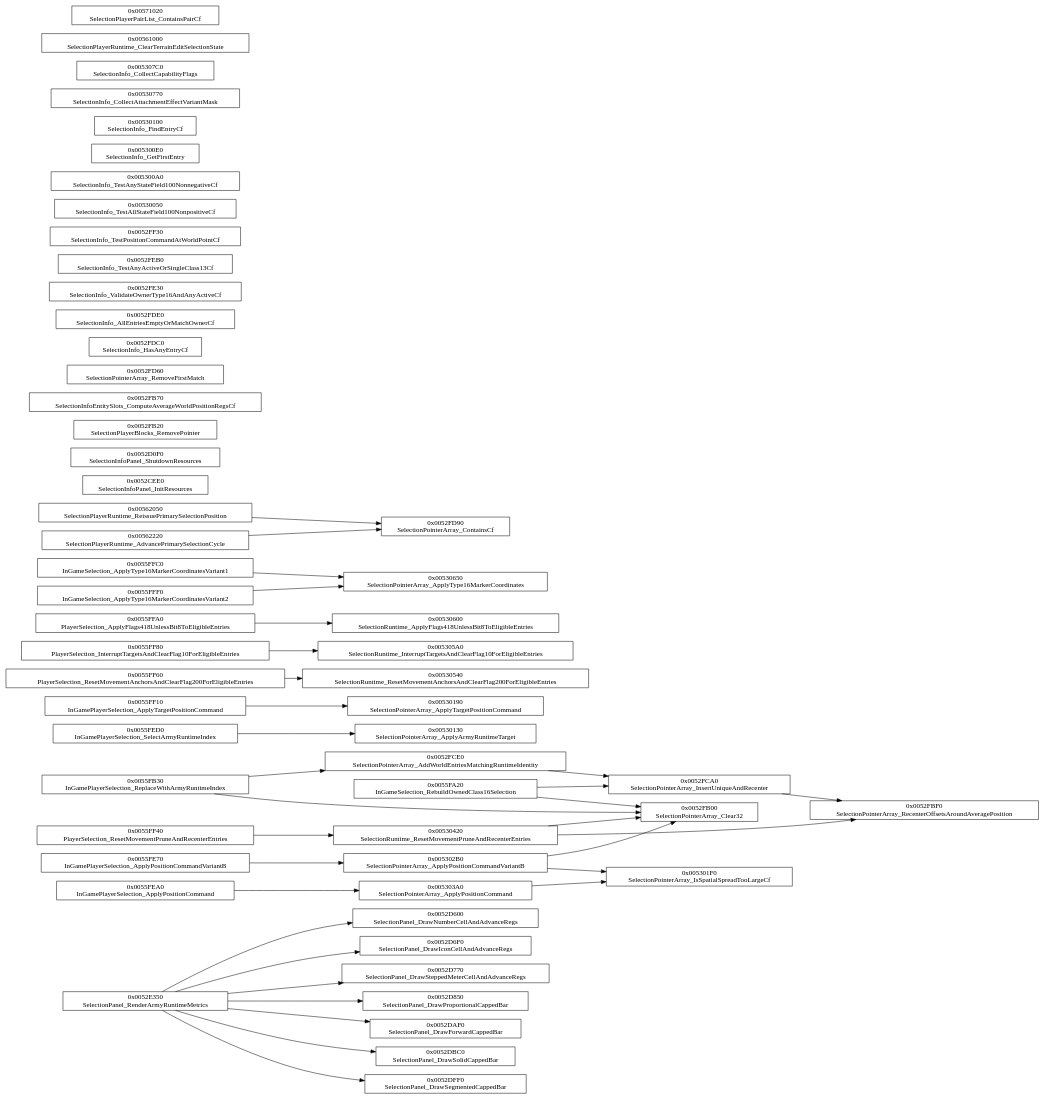
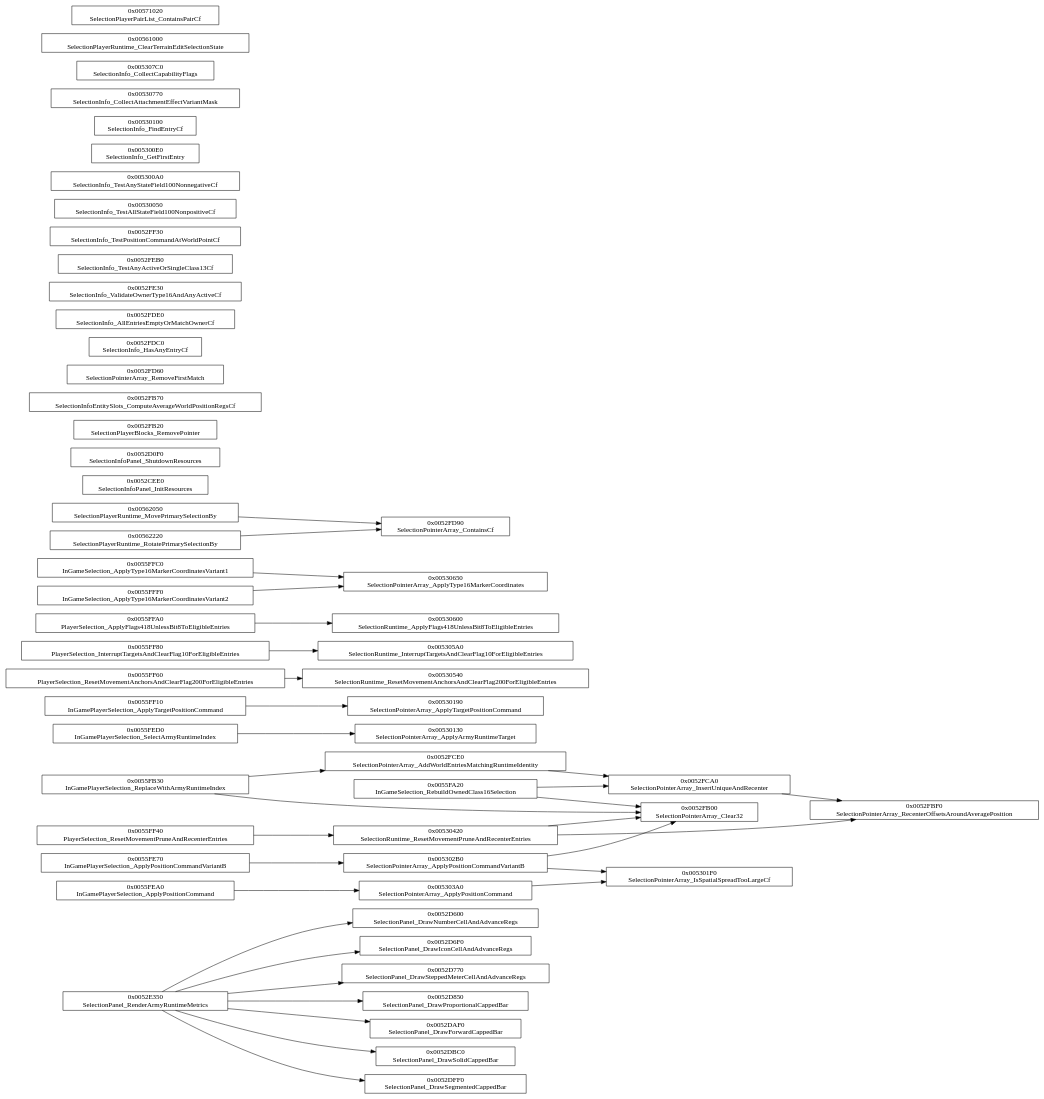
Before and after one commit to idkFoxes/open-thandor: the diagram in docs/callgraphs/gameplay/selection/runtime.dot, drawn with Graphviz. The commit also changed 47 other files, not shown here.

First line of the commit message:
Readable, tranche 10 (stage 1): graphics and selection callbacks

```diff
--- a/docs/callgraphs/gameplay/selection/runtime.dot
+++ b/docs/callgraphs/gameplay/selection/runtime.dot
@@ -1,89 +1,89 @@
 digraph thandor {
   rankdir=LR;
   node [shape=box];
   "SelectionPanel_RenderArmyRuntimeMetrics" [label="0x0052E350\nSelectionPanel_RenderArmyRuntimeMetrics"];
   "InGameSelection_RebuildOwnedClass16Selection" [label="0x0055FA20\nInGameSelection_RebuildOwnedClass16Selection"];
   "InGamePlayerSelection_ReplaceWithArmyRuntimeIndex" [label="0x0055FB30\nInGamePlayerSelection_ReplaceWithArmyRuntimeIndex"];
   "InGamePlayerSelection_ApplyPositionCommandVariantB" [label="0x0055FE70\nInGamePlayerSelection_ApplyPositionCommandVariantB"];
   "InGamePlayerSelection_ApplyPositionCommand" [label="0x0055FEA0\nInGamePlayerSelection_ApplyPositionCommand"];
   "InGamePlayerSelection_SelectArmyRuntimeIndex" [label="0x0055FED0\nInGamePlayerSelection_SelectArmyRuntimeIndex"];
   "InGamePlayerSelection_ApplyTargetPositionCommand" [label="0x0055FF10\nInGamePlayerSelection_ApplyTargetPositionCommand"];
   "PlayerSelection_ResetMovementPruneAndRecenterEntries" [label="0x0055FF40\nPlayerSelection_ResetMovementPruneAndRecenterEntries"];
   "PlayerSelection_ResetMovementAnchorsAndClearFlag200ForEligibleEntries" [label="0x0055FF60\nPlayerSelection_ResetMovementAnchorsAndClearFlag200ForEligibleEntries"];
   "PlayerSelection_InterruptTargetsAndClearFlag10ForEligibleEntries" [label="0x0055FF80\nPlayerSelection_InterruptTargetsAndClearFlag10ForEligibleEntries"];
   "PlayerSelection_ApplyFlags418UnlessBit8ToEligibleEntries" [label="0x0055FFA0\nPlayerSelection_ApplyFlags418UnlessBit8ToEligibleEntries"];
   "InGameSelection_ApplyType16MarkerCoordinatesVariant1" [label="0x0055FFC0\nInGameSelection_ApplyType16MarkerCoordinatesVariant1"];
   "InGameSelection_ApplyType16MarkerCoordinatesVariant2" [label="0x0055FFF0\nInGameSelection_ApplyType16MarkerCoordinatesVariant2"];
-  "SelectionPlayerRuntime_ReissuePrimarySelectionPosition" [label="0x00562050\nSelectionPlayerRuntime_ReissuePrimarySelectionPosition"];
-  "SelectionPlayerRuntime_AdvancePrimarySelectionCycle" [label="0x00562220\nSelectionPlayerRuntime_AdvancePrimarySelectionCycle"];
+  "SelectionPlayerRuntime_MovePrimarySelectionBy" [label="0x00562050\nSelectionPlayerRuntime_MovePrimarySelectionBy"];
+  "SelectionPlayerRuntime_RotatePrimarySelectionBy" [label="0x00562220\nSelectionPlayerRuntime_RotatePrimarySelectionBy"];
   "SelectionInfoPanel_InitResources" [label="0x0052CEE0\nSelectionInfoPanel_InitResources"];
   "SelectionInfoPanel_ShutdownResources" [label="0x0052D0F0\nSelectionInfoPanel_ShutdownResources"];
   "SelectionPlayerBlocks_RemovePointer" [label="0x0052FB20\nSelectionPlayerBlocks_RemovePointer"];
   "SelectionInfoEntitySlots_ComputeAverageWorldPositionRegs" [label="0x0052FB70\nSelectionInfoEntitySlots_ComputeAverageWorldPositionRegsCf"];
   "SelectionPointerArray_RemoveFirstMatch" [label="0x0052FD60\nSelectionPointerArray_RemoveFirstMatch"];
   "SelectionInfo_HasAnyEntry" [label="0x0052FDC0\nSelectionInfo_HasAnyEntryCf"];
   "SelectionInfo_AllEntriesEmptyOrMatchOwner" [label="0x0052FDE0\nSelectionInfo_AllEntriesEmptyOrMatchOwnerCf"];
   "SelectionInfo_ValidateOwnerType16AndAnyActive" [label="0x0052FE30\nSelectionInfo_ValidateOwnerType16AndAnyActiveCf"];
   "SelectionInfo_TestAnyActiveOrSingleClass13" [label="0x0052FEB0\nSelectionInfo_TestAnyActiveOrSingleClass13Cf"];
   "SelectionInfo_TestPositionCommandAtWorldPoint" [label="0x0052FF30\nSelectionInfo_TestPositionCommandAtWorldPointCf"];
   "SelectionInfo_TestAllStateField100Nonpositive" [label="0x00530050\nSelectionInfo_TestAllStateField100NonpositiveCf"];
   "SelectionInfo_TestAnyStateField100Nonnegative" [label="0x005300A0\nSelectionInfo_TestAnyStateField100NonnegativeCf"];
   "SelectionInfo_GetFirstEntry" [label="0x005300E0\nSelectionInfo_GetFirstEntry"];
   "SelectionInfo_FindEntry" [label="0x00530100\nSelectionInfo_FindEntryCf"];
   "SelectionInfo_CollectAttachmentEffectVariantMask" [label="0x00530770\nSelectionInfo_CollectAttachmentEffectVariantMask"];
   "SelectionInfo_CollectCapabilityFlags" [label="0x005307C0\nSelectionInfo_CollectCapabilityFlags"];
   "SelectionPlayerRuntime_ClearTerrainEditSelectionState" [label="0x00561000\nSelectionPlayerRuntime_ClearTerrainEditSelectionState"];
   "SelectionPlayerPairList_ContainsPair" [label="0x00571020\nSelectionPlayerPairList_ContainsPairCf"];
   "SelectionPointerArray_ApplyPositionCommandVariantB" [label="0x005302B0\nSelectionPointerArray_ApplyPositionCommandVariantB"];
   "SelectionRuntime_ResetMovementPruneAndRecenterEntries" [label="0x00530420\nSelectionRuntime_ResetMovementPruneAndRecenterEntries"];
   "SelectionPointerArray_AddWorldEntriesMatchingRuntimeIdentity" [label="0x0052FCE0\nSelectionPointerArray_AddWorldEntriesMatchingRuntimeIdentity"];
   "SelectionPointerArray_ApplyPositionCommand" [label="0x005303A0\nSelectionPointerArray_ApplyPositionCommand"];
   "SelectionPanel_DrawNumberCellAndAdvanceRegs" [label="0x0052D600\nSelectionPanel_DrawNumberCellAndAdvanceRegs"];
   "SelectionPanel_DrawIconCellAndAdvanceRegs" [label="0x0052D6F0\nSelectionPanel_DrawIconCellAndAdvanceRegs"];
   "SelectionPanel_DrawSteppedMeterCellAndAdvanceRegs" [label="0x0052D770\nSelectionPanel_DrawSteppedMeterCellAndAdvanceRegs"];
   "SelectionPanel_DrawProportionalCappedBar" [label="0x0052D850\nSelectionPanel_DrawProportionalCappedBar"];
   "SelectionPanel_DrawForwardCappedBar" [label="0x0052DAF0\nSelectionPanel_DrawForwardCappedBar"];
   "SelectionPanel_DrawSolidCappedBar" [label="0x0052DBC0\nSelectionPanel_DrawSolidCappedBar"];
   "SelectionPanel_DrawSegmentedCappedBar" [label="0x0052DFF0\nSelectionPanel_DrawSegmentedCappedBar"];
   "SelectionPointerArray_ApplyArmyRuntimeTarget" [label="0x00530130\nSelectionPointerArray_ApplyArmyRuntimeTarget"];
   "SelectionPointerArray_ApplyTargetPositionCommand" [label="0x00530190\nSelectionPointerArray_ApplyTargetPositionCommand"];
   "SelectionRuntime_ResetMovementAnchorsAndClearFlag200ForEligibleEntries" [label="0x00530540\nSelectionRuntime_ResetMovementAnchorsAndClearFlag200ForEligibleEntries"];
   "SelectionRuntime_InterruptTargetsAndClearFlag10ForEligibleEntries" [label="0x005305A0\nSelectionRuntime_InterruptTargetsAndClearFlag10ForEligibleEntries"];
   "SelectionRuntime_ApplyFlags418UnlessBit8ToEligibleEntries" [label="0x00530600\nSelectionRuntime_ApplyFlags418UnlessBit8ToEligibleEntries"];
   "SelectionPointerArray_InsertUniqueAndRecenter" [label="0x0052FCA0\nSelectionPointerArray_InsertUniqueAndRecenter"];
   "SelectionPointerArray_RecenterOffsetsAroundAveragePosition" [label="0x0052FBF0\nSelectionPointerArray_RecenterOffsetsAroundAveragePosition"];
   "SelectionPointerArray_Contains" [label="0x0052FD90\nSelectionPointerArray_ContainsCf"];
   "SelectionPointerArray_IsSpatialSpreadTooLarge" [label="0x005301F0\nSelectionPointerArray_IsSpatialSpreadTooLargeCf"];
   "SelectionPointerArray_ApplyType16MarkerCoordinates" [label="0x00530650\nSelectionPointerArray_ApplyType16MarkerCoordinates"];
   "SelectionPointerArray_Clear32" [label="0x0052FB00\nSelectionPointerArray_Clear32"];
   "SelectionPanel_RenderArmyRuntimeMetrics" -> "SelectionPanel_DrawSteppedMeterCellAndAdvanceRegs";
   "SelectionPanel_RenderArmyRuntimeMetrics" -> "SelectionPanel_DrawIconCellAndAdvanceRegs";
   "SelectionPanel_RenderArmyRuntimeMetrics" -> "SelectionPanel_DrawNumberCellAndAdvanceRegs";
   "SelectionPanel_RenderArmyRuntimeMetrics" -> "SelectionPanel_DrawProportionalCappedBar";
   "SelectionPanel_RenderArmyRuntimeMetrics" -> "SelectionPanel_DrawSolidCappedBar";
   "SelectionPanel_RenderArmyRuntimeMetrics" -> "SelectionPanel_DrawSegmentedCappedBar";
   "SelectionPanel_RenderArmyRuntimeMetrics" -> "SelectionPanel_DrawForwardCappedBar";
   "InGameSelection_RebuildOwnedClass16Selection" -> "SelectionPointerArray_Clear32";
   "InGameSelection_RebuildOwnedClass16Selection" -> "SelectionPointerArray_InsertUniqueAndRecenter";
   "InGamePlayerSelection_ReplaceWithArmyRuntimeIndex" -> "SelectionPointerArray_Clear32";
   "InGamePlayerSelection_ReplaceWithArmyRuntimeIndex" -> "SelectionPointerArray_AddWorldEntriesMatchingRuntimeIdentity";
   "InGamePlayerSelection_ApplyPositionCommandVariantB" -> "SelectionPointerArray_ApplyPositionCommandVariantB";
   "InGamePlayerSelection_ApplyPositionCommand" -> "SelectionPointerArray_ApplyPositionCommand";
   "InGamePlayerSelection_SelectArmyRuntimeIndex" -> "SelectionPointerArray_ApplyArmyRuntimeTarget";
   "InGamePlayerSelection_ApplyTargetPositionCommand" -> "SelectionPointerArray_ApplyTargetPositionCommand";
   "PlayerSelection_ResetMovementPruneAndRecenterEntries" -> "SelectionRuntime_ResetMovementPruneAndRecenterEntries";
   "PlayerSelection_ResetMovementAnchorsAndClearFlag200ForEligibleEntries" -> "SelectionRuntime_ResetMovementAnchorsAndClearFlag200ForEligibleEntries";
   "PlayerSelection_InterruptTargetsAndClearFlag10ForEligibleEntries" -> "SelectionRuntime_InterruptTargetsAndClearFlag10ForEligibleEntries";
   "PlayerSelection_ApplyFlags418UnlessBit8ToEligibleEntries" -> "SelectionRuntime_ApplyFlags418UnlessBit8ToEligibleEntries";
   "InGameSelection_ApplyType16MarkerCoordinatesVariant1" -> "SelectionPointerArray_ApplyType16MarkerCoordinates";
   "InGameSelection_ApplyType16MarkerCoordinatesVariant2" -> "SelectionPointerArray_ApplyType16MarkerCoordinates";
-  "SelectionPlayerRuntime_ReissuePrimarySelectionPosition" -> "SelectionPointerArray_Contains";
-  "SelectionPlayerRuntime_AdvancePrimarySelectionCycle" -> "SelectionPointerArray_Contains";
+  "SelectionPlayerRuntime_MovePrimarySelectionBy" -> "SelectionPointerArray_Contains";
+  "SelectionPlayerRuntime_RotatePrimarySelectionBy" -> "SelectionPointerArray_Contains";
   "SelectionPointerArray_ApplyPositionCommandVariantB" -> "SelectionPointerArray_IsSpatialSpreadTooLarge";
   "SelectionPointerArray_ApplyPositionCommandVariantB" -> "SelectionPointerArray_Clear32";
   "SelectionRuntime_ResetMovementPruneAndRecenterEntries" -> "SelectionPointerArray_RecenterOffsetsAroundAveragePosition";
   "SelectionRuntime_ResetMovementPruneAndRecenterEntries" -> "SelectionPointerArray_Clear32";
   "SelectionPointerArray_AddWorldEntriesMatchingRuntimeIdentity" -> "SelectionPointerArray_InsertUniqueAndRecenter";
   "SelectionPointerArray_ApplyPositionCommand" -> "SelectionPointerArray_IsSpatialSpreadTooLarge";
   "SelectionPointerArray_InsertUniqueAndRecenter" -> "SelectionPointerArray_RecenterOffsetsAroundAveragePosition";
 }
```
